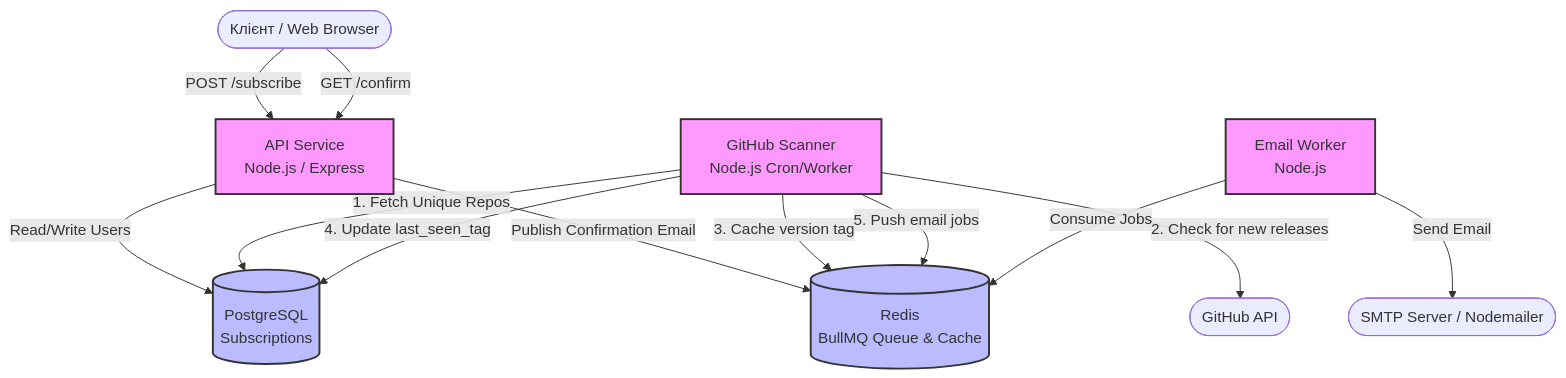
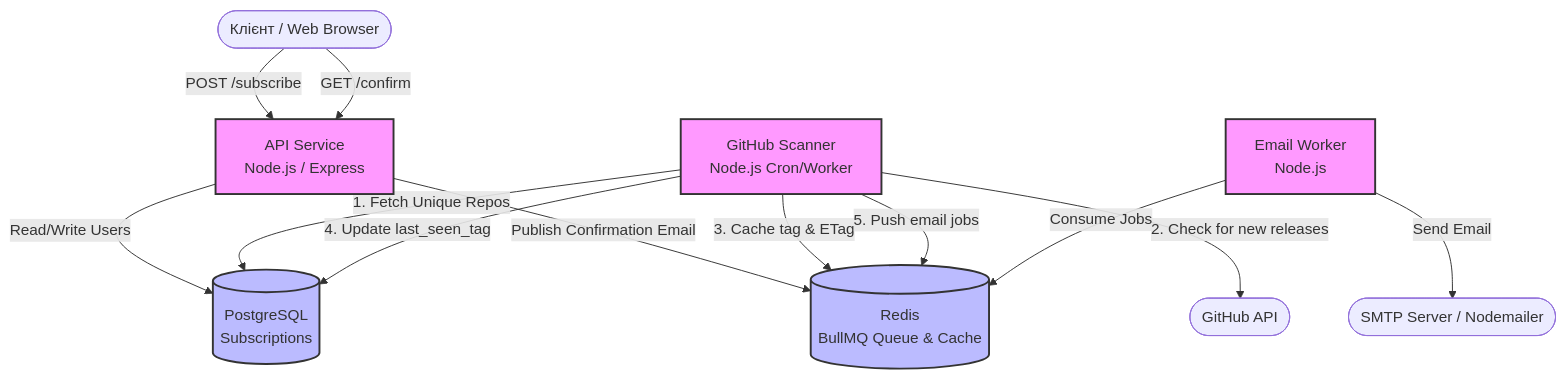
Before and after one commit to GenesisEducationKyiv/software-engineering-school-6-0-IvanGodPro24: the first of 2 diagrams in docs/system-design.md, drawn with Mermaid. The commit also changed other lines of this file, not shown here.

Commit message:
docs: clarify ETag logic in rate limit quote

````diff
--- a/docs/system-design.md
+++ b/docs/system-design.md
@@ -49,28 +49,28 @@
 ```mermaid
 graph TD
     Client([Клієнт / Web Browser])
     API[API Service<br/>Node.js / Express]
     DB[(PostgreSQL<br/>Subscriptions)]
     RedisQueue[(Redis<br/>BullMQ Queue & Cache)]
     Scanner[GitHub Scanner<br/>Node.js Cron/Worker]
     EmailWorker[Email Worker<br/>Node.js]
     GitHub([GitHub API])
     SMTP([SMTP Server / Nodemailer])
 
     Client -- "POST /subscribe" --> API
     Client -- "GET /confirm" --> API
     API -- "Read/Write Users" --> DB
     API -- "Publish Confirmation Email" --> RedisQueue
     Scanner -- "1. Fetch Unique Repos" --> DB
     Scanner -- "2. Check for new releases" --> GitHub
-    Scanner -- "3. Cache version tag" --> RedisQueue
+    Scanner -- "3. Cache tag & ETag" --> RedisQueue
     Scanner -- "4. Update last_seen_tag" --> DB
     Scanner -- "5. Push email jobs" --> RedisQueue
     EmailWorker -- "Consume Jobs" --> RedisQueue
     EmailWorker -- "Send Email" --> SMTP
 
     classDef service fill:#f9f,stroke:#333,stroke-width:2px;
     classDef database fill:#bbf,stroke:#333,stroke-width:2px;
     class API,Scanner,EmailWorker service;
     class DB,RedisQueue database;
 ```
````
